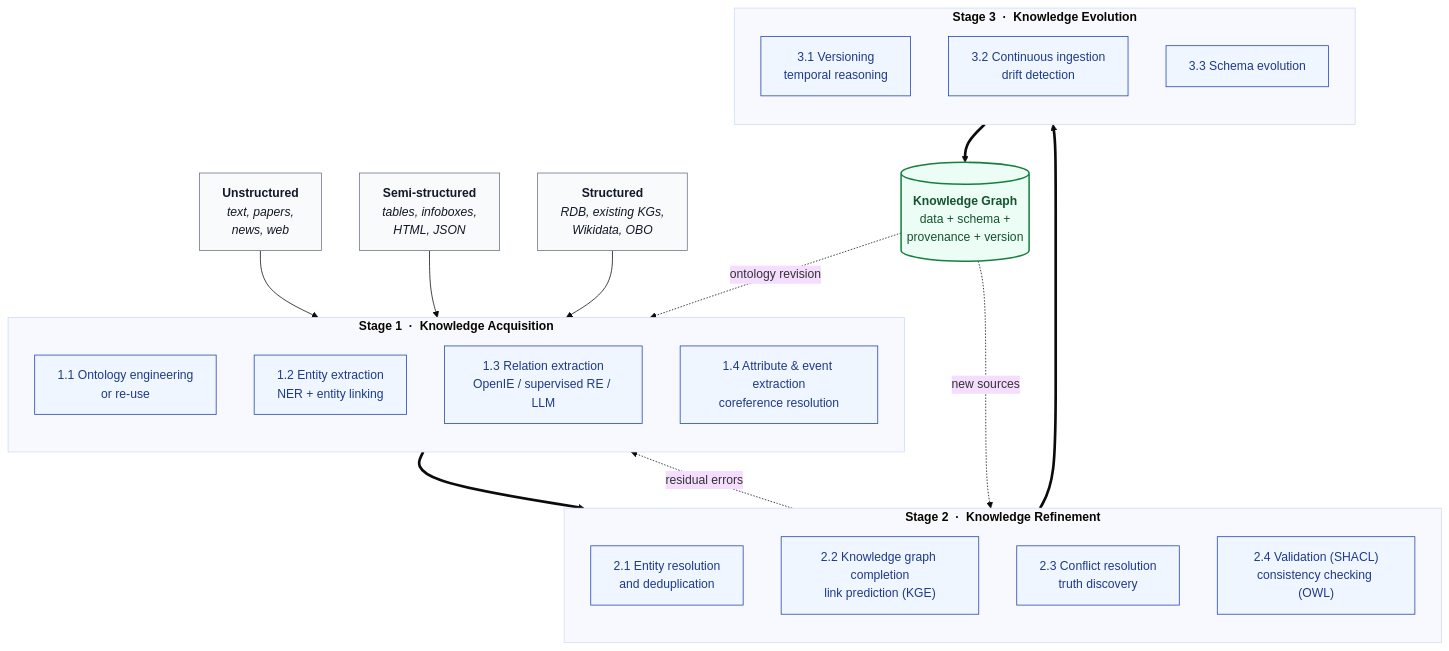
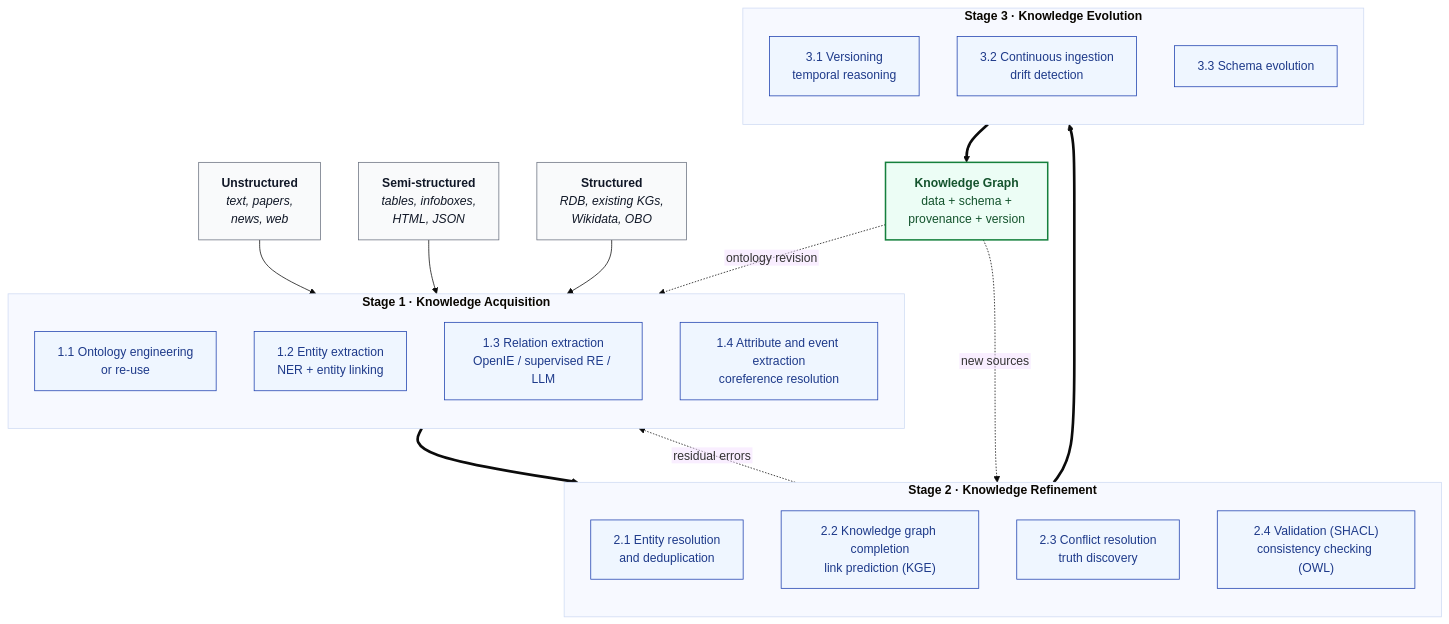
The seventh of 8 diagrams in content/Week1.md (Peng-Rao/knowledge-base-quartz), drawn with Mermaid (base theme) before and after one commit. The commit also changed other lines of this file, not shown here.

Commit message:
docs: fix mermaid syntax in week1

````diff
--- a/content/Week1.md
+++ b/content/Week1.md
@@ -307,53 +307,76 @@
 ```mermaid
+---
+config:
+  flowchart:
+    htmlLabels: false
+---
 flowchart TB
     %% Heterogeneous inputs
-    I1["<b>Unstructured</b><br/><i>text, papers,<br/>news, web</i>"]:::input
-    I2["<b>Semi-structured</b><br/><i>tables, infoboxes,<br/>HTML, JSON</i>"]:::input
-    I3["<b>Structured</b><br/><i>RDB, existing KGs,<br/>Wikidata, OBO</i>"]:::input
+    I1["`**Unstructured**
+    *text, papers,
+    news, web*`"]:::input
+    I2["`**Semi-structured**
+    *tables, infoboxes,
+    HTML, JSON*`"]:::input
+    I3["`**Structured**
+    *RDB, existing KGs,
+    Wikidata, OBO*`"]:::input
 
     %% Stage 1
-    subgraph S1["<b>Stage 1 &nbsp;·&nbsp; Knowledge Acquisition</b>"]
+    subgraph S1["`**Stage 1 · Knowledge Acquisition**`"]
         direction TB
-        S1A["1.1 Ontology engineering<br/>or re-use"]:::step
-        S1B["1.2 Entity extraction<br/>NER + entity linking"]:::step
-        S1C["1.3 Relation extraction<br/>OpenIE / supervised RE / LLM"]:::step
-        S1D["1.4 Attribute &amp; event extraction<br/>coreference resolution"]:::step
+        S1A["`1.1 Ontology engineering
+        or re-use`"]:::step
+        S1B["`1.2 Entity extraction
+        NER + entity linking`"]:::step
+        S1C["`1.3 Relation extraction
+        OpenIE / supervised RE / LLM`"]:::step
+        S1D["`1.4 Attribute and event extraction
+        coreference resolution`"]:::step
     end
 
     %% Stage 2
-    subgraph S2["<b>Stage 2 &nbsp;·&nbsp; Knowledge Refinement</b>"]
+    subgraph S2["`**Stage 2 · Knowledge Refinement**`"]
         direction TB
-        S2A["2.1 Entity resolution<br/>and deduplication"]:::step
-        S2B["2.2 Knowledge graph completion<br/>link prediction (KGE)"]:::step
-        S2C["2.3 Conflict resolution<br/>truth discovery"]:::step
-        S2D["2.4 Validation (SHACL)<br/>consistency checking (OWL)"]:::step
+        S2A["`2.1 Entity resolution
+        and deduplication`"]:::step
+        S2B["`2.2 Knowledge graph completion
+        link prediction (KGE)`"]:::step
+        S2C["`2.3 Conflict resolution
+        truth discovery`"]:::step
+        S2D["`2.4 Validation (SHACL)
+        consistency checking (OWL)`"]:::step
     end
 
     %% Stage 3
-    subgraph S3["<b>Stage 3 &nbsp;·&nbsp; Knowledge Evolution</b>"]
+    subgraph S3["`**Stage 3 · Knowledge Evolution**`"]
         direction TB
-        S3A["3.1 Versioning<br/>temporal reasoning"]:::step
-        S3B["3.2 Continuous ingestion<br/>drift detection"]:::step
-        S3C["3.3 Schema evolution"]:::step
+        S3A["`3.1 Versioning
+        temporal reasoning`"]:::step
+        S3B["`3.2 Continuous ingestion
+        drift detection`"]:::step
+        S3C["`3.3 Schema evolution`"]:::step
     end
 
     %% Output artefact
-    KG[("<b>Knowledge Graph</b><br/>data + schema +<br/>provenance + version")]:::output
+    KG["`**Knowledge Graph**
+    data + schema +
+    provenance + version`"]:::output
 
     %% Forward pipeline
     I1 --> S1
     I2 --> S1
     I3 --> S1
     S1 ==> S2
     S2 ==> S3
     S3 ==> KG
 
     %% Feedback loops
     KG -. ontology revision .-> S1
     KG -. new sources .-> S2
     S2 -. residual errors .-> S1
 
     classDef input  fill:#f9fafb,stroke:#6b7280,color:#111827,stroke-width:1px
     classDef step   fill:#eff6ff,stroke:#1e40af,color:#1e3a8a,stroke-width:1px
     classDef output fill:#ecfdf5,stroke:#15803d,color:#14532d,stroke-width:2px
 ```
````
